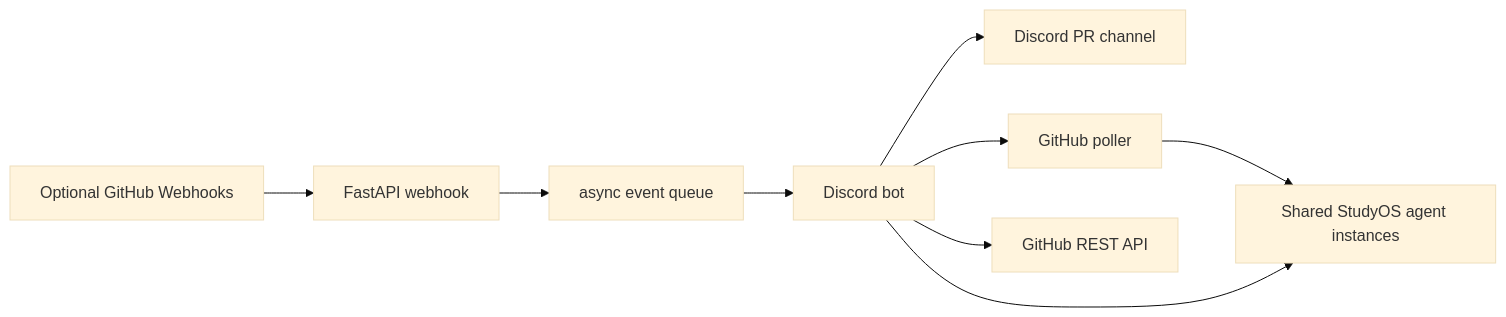
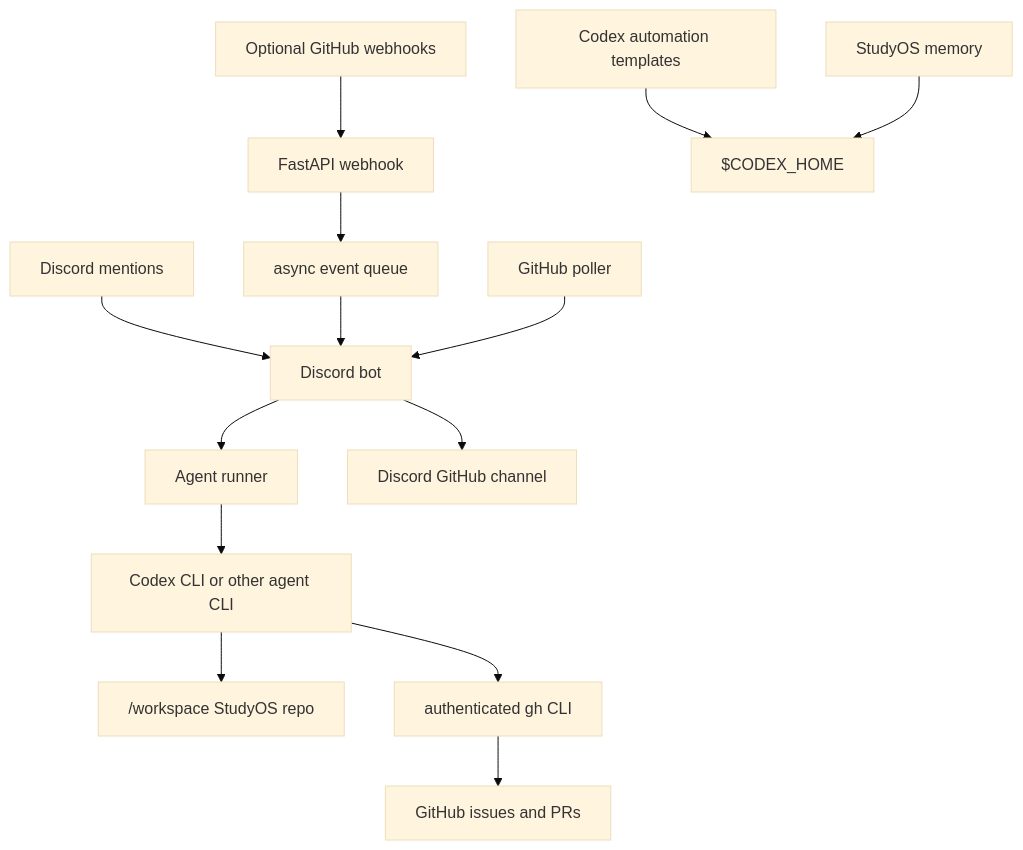
One commit to SebastianBoehler/StudyOS-Agent-Gateway changed the diagram in README.md. Above: the diagram before and after it, drawn with Mermaid (base theme). The commit also changed other lines of this file and 6 other files, not shown here.

Commit message:
docs: define StudyOS automation workflow

````diff
--- a/README.md
+++ b/README.md
@@ -35,11 +36,16 @@
 ```mermaid
-flowchart LR
-    GitHub["Optional GitHub Webhooks"] --> API["FastAPI webhook"]
+flowchart TD
+    Discord["Discord mentions"] --> Bot["Discord bot"]
+    GitHub["Optional GitHub webhooks"] --> API["FastAPI webhook"]
     API --> Queue["async event queue"]
-    Queue --> Bot["Discord bot"]
-    Bot --> Channel["Discord PR channel"]
-    Bot --> Poller["GitHub poller"]
-    Poller --> Agent
-    Bot --> GitHubAPI["GitHub REST API"]
-    Bot --> Agent["Shared StudyOS agent instances"]
+    Queue --> Bot
+    Poller["GitHub poller"] --> Bot
+    Bot --> Runner["Agent runner"]
+    Runner --> Codex["Codex CLI or other agent CLI"]
+    Codex --> Workspace["/workspace StudyOS repo"]
+    Codex --> GHCLI["authenticated gh CLI"]
+    GHCLI --> GitHubRepo["GitHub issues and PRs"]
+    Bot --> Channel["Discord GitHub channel"]
+    Templates["Codex automation templates"] --> CodexHome["$CODEX_HOME"]
+    Memory["StudyOS memory"] --> CodexHome
 ```
````
